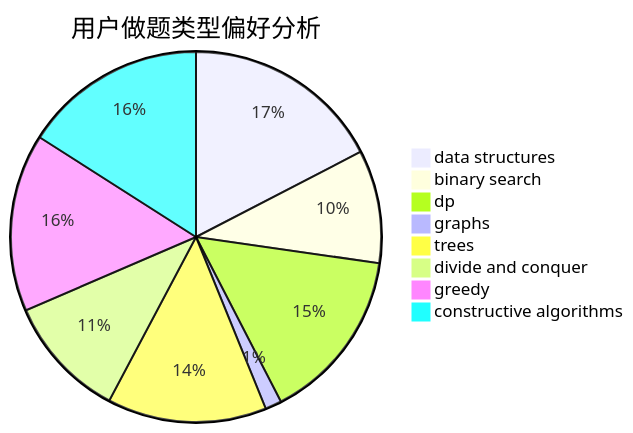
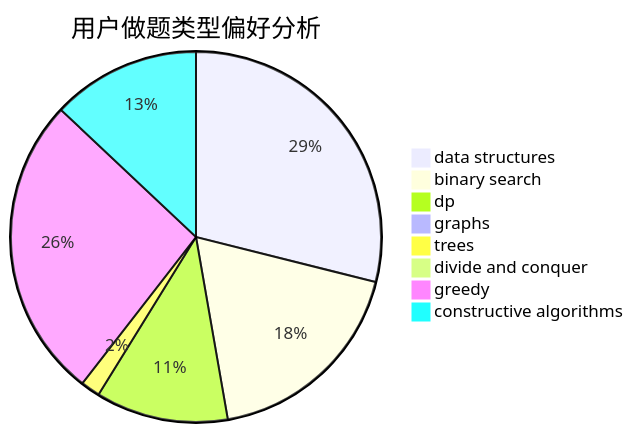
One commit to sherpahu/cfrs.github.io changed the second of 3 diagrams in docs/user/u2138.md. Above: the diagram before and after it, drawn with Mermaid. The commit also changed other lines of this file and 2770 other files, not shown here.

````diff
--- a/docs/user/u2138.md
+++ b/docs/user/u2138.md
@@ -23,11 +23,11 @@
 ```mermaid
 pie title 用户做题类型偏好分析
-    "data structures" :  194
-    "binary search" :  110
-    "dp" :  169
-    "graphs" :  16
-    "trees" :  155
-    "divide and conquer" :  120
-    "greedy" :  173
-    "constructive algorithms" :  178
+    "data structures" :  205
+    "binary search" :  130
+    "dp" :  82
+    "graphs" :  6
+    "trees" :  12
+    "divide and conquer" :  0
+    "greedy" :  188
+    "constructive algorithms" :  92
 ```
````
